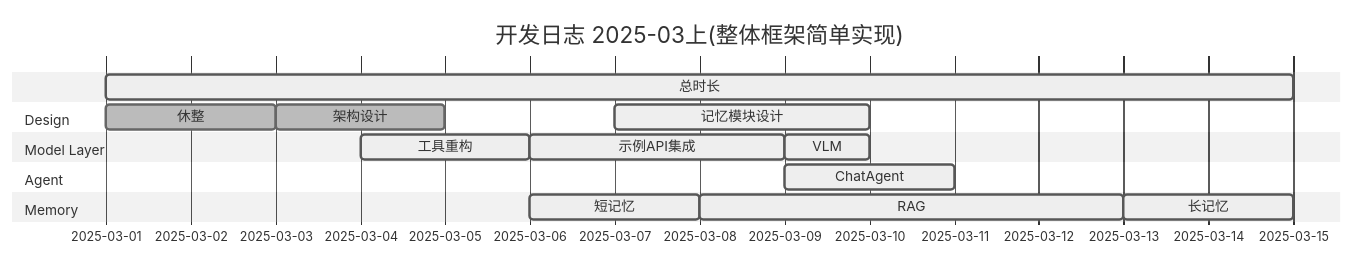
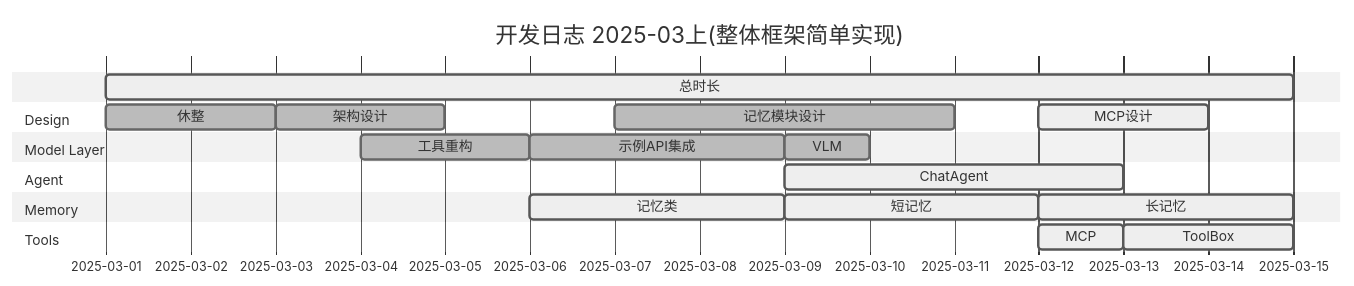
The first of 2 diagrams in addons/AIdot/.Asset/Develop_log.md (SleeeepyZhou/AIdot), drawn with Mermaid (neutral theme) before and after one commit. The commit also changed other lines of this file and 16 other files, not shown here.

````diff
--- a/addons/AIdot/.Asset/Develop_log.md
+++ b/addons/AIdot/.Asset/Develop_log.md
@@ -11,27 +11,30 @@
 ```mermaid
 ---
 displayMode: compact
 ---
 gantt
 	title 开发日志 2025-03上(整体框架简单实现)
 	dateFormat  YYYY-MM-DD
-	总时长 :active, 2025-03-01, 14d
+		总时长 :active, 2025-03-01, 14d
 	section Design
-	休整 :done, 2025-03-01, 2d
-	架构设计 :done, 2025-03-03, 2d
-	记忆模块设计 :active, 2025-03-07, 3d
+		休整 :done, 2025-03-01, 2d
+		架构设计 :done, 2025-03-03, 2d
+		记忆模块设计 :done, 2025-03-07, 4d
+		MCP设计 :active, 2025-03-12, 2d
 	section Model Layer
-	工具重构 :active, 2025-03-04, 2d
-	示例API集成 :active, 2025-03-06, 3d
-	VLM :active, 2025-03-09, 1d
+		工具重构 :done, 2025-03-04, 2d
+		示例API集成 :done, 2025-03-06, 3d
+		VLM :done, 2025-03-09, 1d
 	section Agent
-	ChatAgent :active, 2025-03-09, 2d
+		ChatAgent :active, 2025-03-09, 4d
 	section Memory
-	短记忆 :active, 2025-03-06, 2d
-	RAG :active, 2025-03-08, 5d
-	长记忆 :active, 2025-03-13, 2d
+		记忆类 :active, 2025-03-06, 3d
+		短记忆 :active, 2025-03-09, 3d
+		长记忆 :active, 2025-03-12, 3d
 	section Action
 	section Perception
 	section Planning
 	section Tools
+		MCP :active, 2025-03-12, 1d
+		ToolBox :active, 2025-03-13, 2d
 ```
````
